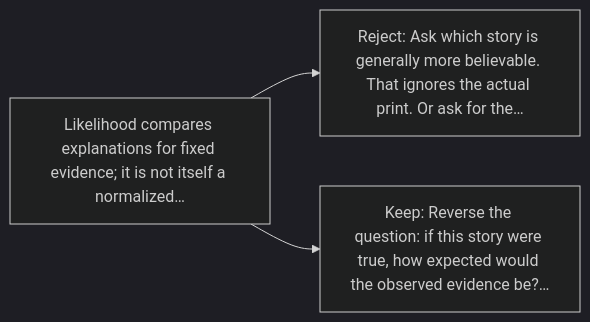
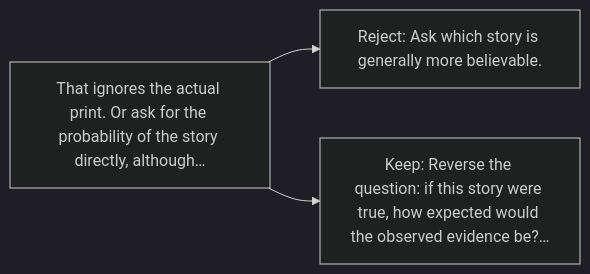
Before and after one commit to kleem-labs/AI-Archaeology: the diagram in excavations/018-likelihood/diagram.md, drawn with Mermaid (dark theme). The commit also changed other lines of this file and 165 other files, not shown here.

````diff
--- a/excavations/018-likelihood/diagram.md
+++ b/excavations/018-likelihood/diagram.md
@@ -5,5 +5,5 @@
 ```mermaid
 flowchart LR
-    B["Likelihood compares explanations for fixed evidence; it is not itself a normalized…"] --> A["Reject: Ask which story is generally more believable. That ignores the actual print. Or ask for the…"]
+    B["That ignores the actual print. Or ask for the probability of the story directly, although…"] --> A["Reject: Ask which story is generally more believable."]
     B --> C["Keep: Reverse the question: if this story were true, how expected would the observed evidence be?…"]
 ```
````
